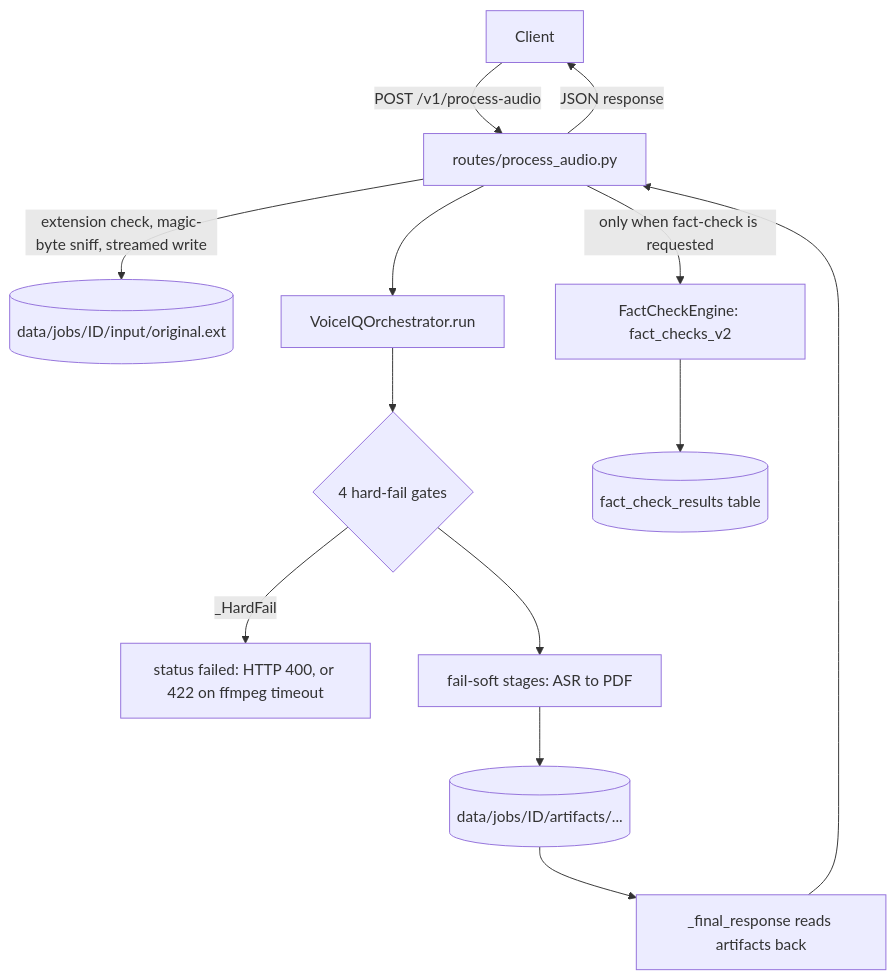
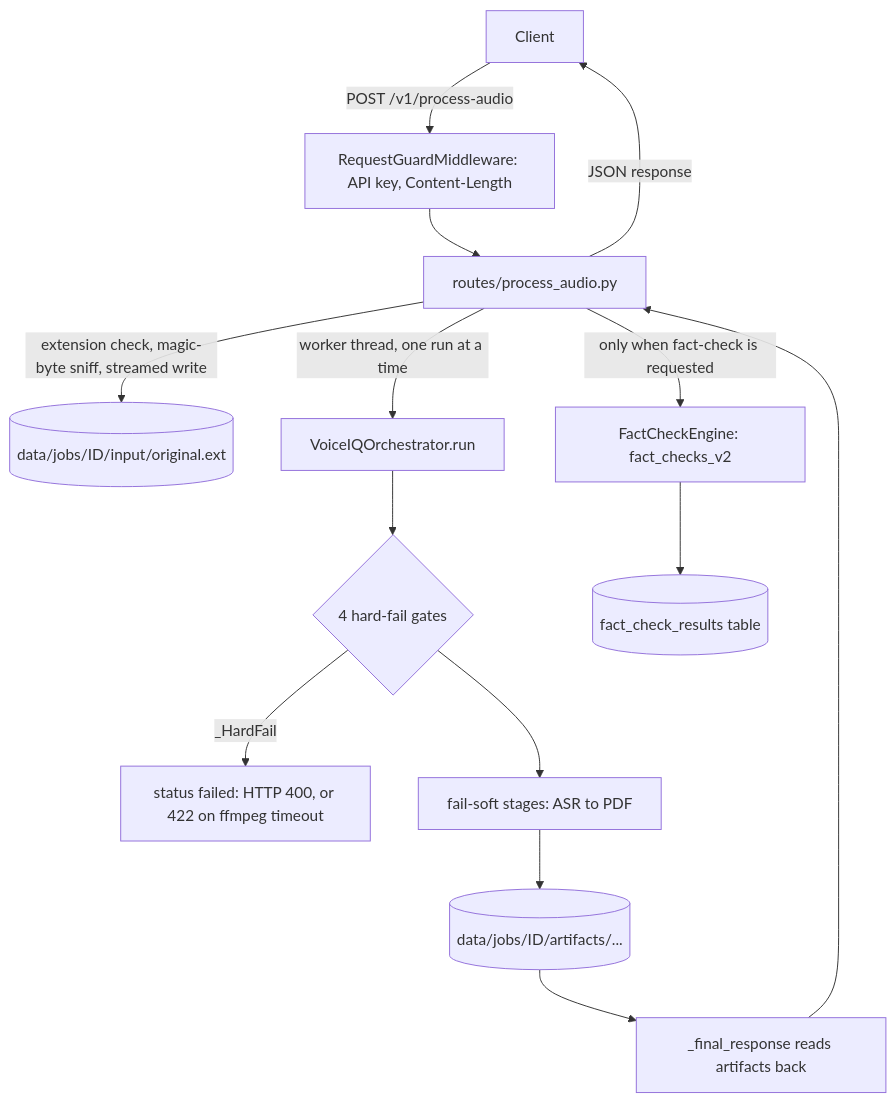
The diagram in DOCS/ARCHITECTURE.md (HAMZAJAWED12/Voice-iq), drawn with Mermaid before and after one commit. The commit also changed other lines of this file and 15 other files, not shown here.

````diff
--- a/DOCS/ARCHITECTURE.md
+++ b/DOCS/ARCHITECTURE.md
@@ -103,15 +135,16 @@
 ```mermaid
 flowchart TD
-    C["Client"] -->|"POST /v1/process-audio"| R["routes/process_audio.py"]
+    C["Client"] -->|"POST /v1/process-audio"| M["RequestGuardMiddleware: API key, Content-Length"]
+    M --> R["routes/process_audio.py"]
     R -->|"extension check, magic-byte sniff, streamed write"| IN[("data/jobs/ID/input/original.ext")]
-    R --> O["VoiceIQOrchestrator.run"]
+    R -->|"worker thread, one run at a time"| O["VoiceIQOrchestrator.run"]
     O --> G{"4 hard-fail gates"}
     G -->|"_HardFail"| F["status failed: HTTP 400, or 422 on ffmpeg timeout"]
     G --> S["fail-soft stages: ASR to PDF"]
     S --> A[("data/jobs/ID/artifacts/...")]
     A --> FR["_final_response reads artifacts back"]
     FR --> R
     R -->|"only when fact-check is requested"| FC["FactCheckEngine: fact_checks_v2"]
     FC --> DB[("fact_check_results table")]
     R -->|"JSON response"| C
 ```
````
